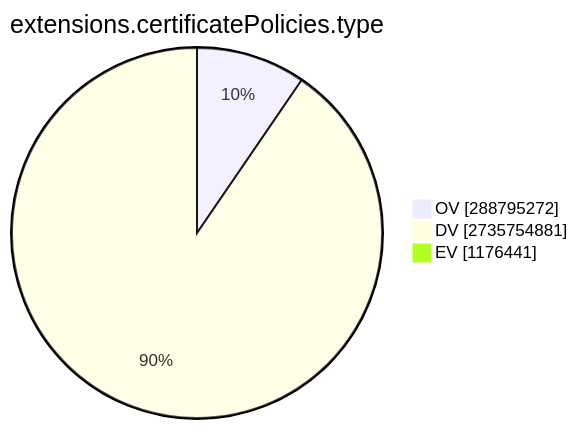
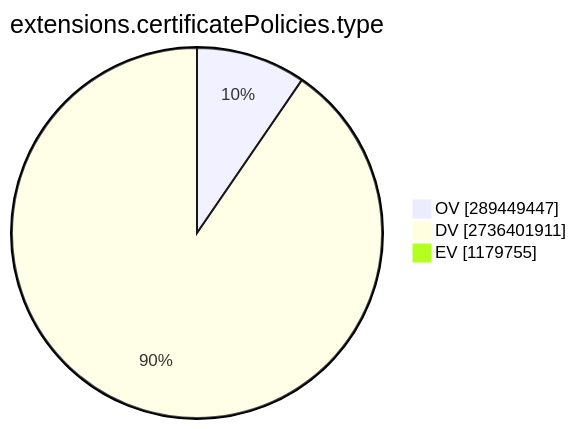
One commit to christiankrug/ctmonitor_visualization changed the ninth of 15 diagrams in TOTAL/README.md. Above: the diagram before and after it, drawn with Mermaid. The commit also changed other lines of this file, not shown here.

````diff
--- a/TOTAL/README.md
+++ b/TOTAL/README.md
@@ -3092,7 +3093,7 @@
 ```mermaid
 pie showData
 title extensions.certificatePolicies.type
-"OV" :288795272
-"DV" :2735754881
-"EV" :1176441
+"OV" :289449447
+"DV" :2736401911
+"EV" :1179755
 ```
````
